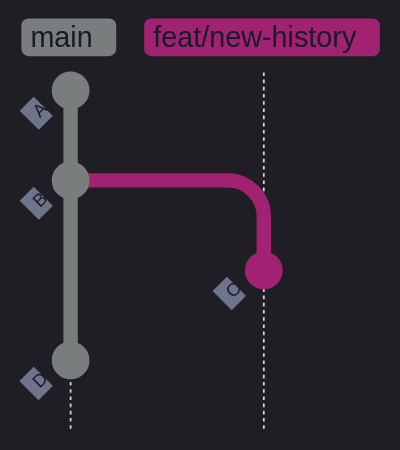
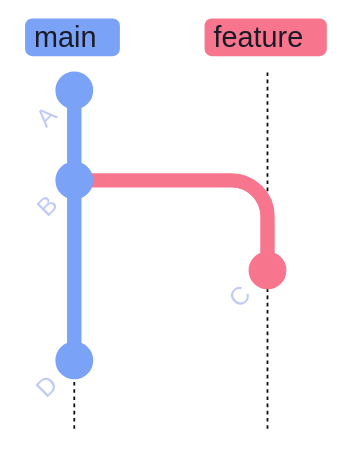
Before and after one commit to alp78/elysium: the first of 5 diagrams in content/08-Git/git-merge-conflicts.md, drawn with Mermaid. The commit also changed other lines of this file and 14 other files, not shown here.

````diff
--- a/content/08-Git/git-merge-conflicts.md
+++ b/content/08-Git/git-merge-conflicts.md
@@ -27,10 +27,10 @@
 ```mermaid
-%%{init: {'theme': 'dark', 'themeVariables': {'commitLabelColor': '#1a1b26', 'commitLabelBackground': '#c0caf5', 'gitBranchLabel0': '#1a1b26', 'gitBranchLabel1': '#1a1b26', 'gitBranchLabel2': '#1a1b26', 'gitBranchLabel3': '#1a1b26', 'tagLabelColor': '#1a1b26', 'tagLabelBackground': '#c0caf5'}, 'gitGraph': {'mainBranchName': 'main'}} }%%
+%%{init: {'theme': 'base', 'themeVariables': {'git0': '#7aa2f7', 'git1': '#f7768e', 'git2': '#9ece6a', 'git3': '#e0af68', 'git4': '#bb9af7', 'gitBranchLabel0': '#1a1b26', 'gitBranchLabel1': '#1a1b26', 'gitBranchLabel2': '#1a1b26', 'gitBranchLabel3': '#1a1b26', 'commitLabelColor': '#c0caf5', 'commitLabelBackground': 'transparent', 'commitLabelFontSize': '14px', 'tagLabelColor': '#1a1b26', 'tagLabelBackground': '#c0caf5'}, 'gitGraph': {'mainBranchName': 'main'}} }%%
 gitGraph TB:
   commit id: "A"
   commit id: "B"
-  branch feat/new-history
+  branch feature
   commit id: "C"
   checkout main
   commit id: "D"
 ```
````
